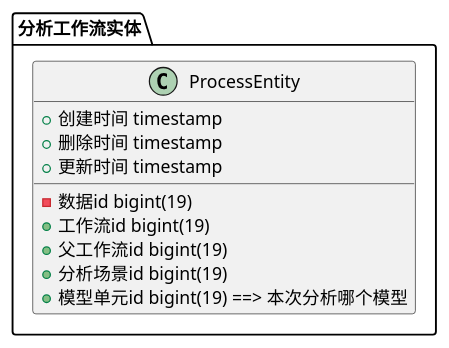
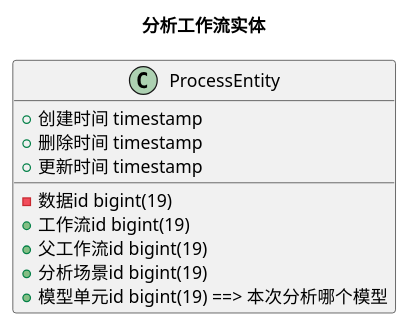
One commit to zjzjzjzj1874/golang-study changed the diagram in __doc__/video_decode/分析任务及调度/场景分析工作流实体.puml. Above: the diagram before and after it, drawn with PlantUML. The commit also changed 1 other file, not shown here.

```diff
--- a/__doc__/video_decode/分析任务及调度/场景分析工作流实体.puml
+++ b/__doc__/video_decode/分析任务及调度/场景分析工作流实体.puml
@@ -1,15 +1,16 @@
 @startuml
-package "分析工作流实体"{
-    class ProcessEntity {
-      - 数据id bigint(19)
-      + 工作流id bigint(19)
-      + 父工作流id bigint(19)
-      + 分析场景id bigint(19)
-      + 模型单元id bigint(19) ==> 本次分析哪个模型
-      + 创建时间 timestamp
-      + 删除时间 timestamp
-      + 更新时间 timestamp
-    }
+
+title 分析工作流实体
+
+class ProcessEntity {
+  - 数据id bigint(19)
+  + 工作流id bigint(19)
+  + 父工作流id bigint(19)
+  + 分析场景id bigint(19)
+  + 模型单元id bigint(19) ==> 本次分析哪个模型
+  + 创建时间 timestamp
+  + 删除时间 timestamp
+  + 更新时间 timestamp
 }
 
 @enduml
```
